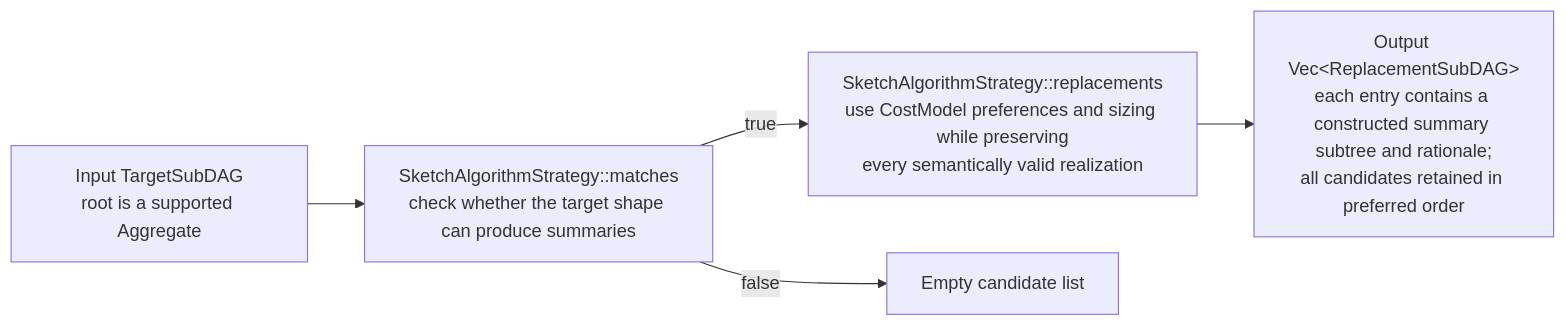
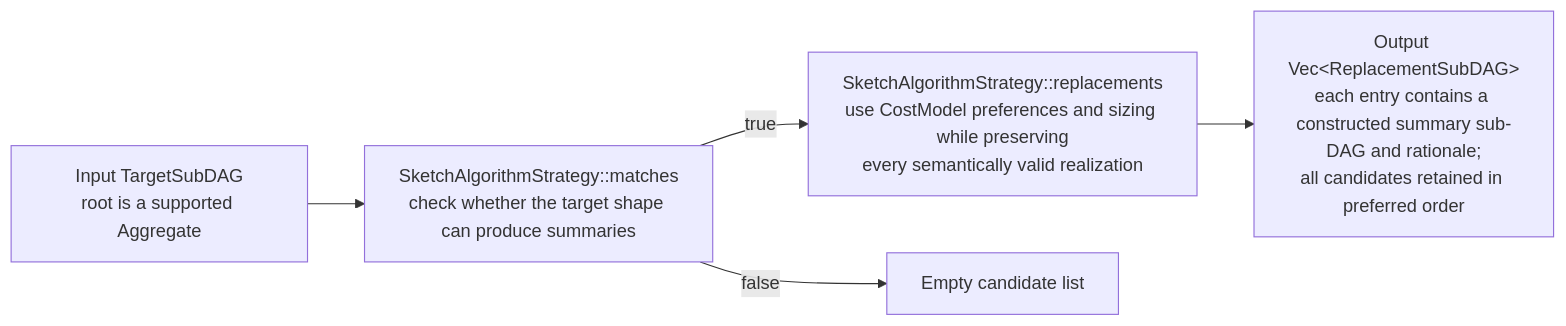
One commit to ProjectASAP/ASAPPlanner changed the first of 4 diagrams in docs/develop_docs/extend-asap-aware-mapping.md. Above: the diagram before and after it, drawn with Mermaid. The commit also changed other lines of this file and 148 other files, not shown here.

Commit message:
refactor: clarify workload DAG and summary evaluation contracts

````diff
--- a/docs/develop_docs/extend-asap-aware-mapping.md
+++ b/docs/develop_docs/extend-asap-aware-mapping.md
@@ -252,7 +252,7 @@
 ```mermaid
 flowchart LR
   A["Input TargetSubDAG<br/>root is a supported Aggregate"] --> B["SketchAlgorithmStrategy::matches<br/>check whether the target shape can produce summaries"]
   B -->|"true"| C["SketchAlgorithmStrategy::replacements<br/>use CostModel preferences and sizing while preserving<br/>every semantically valid realization"]
   B -->|"false"| NONE["Empty candidate list"]
-  C --> F["Output Vec&lt;ReplacementSubDAG&gt;<br/>each entry contains a constructed summary subtree and rationale;<br/>all candidates retained in preferred order"]
+  C --> F["Output Vec&lt;ReplacementSubDAG&gt;<br/>each entry contains a constructed summary sub-DAG and rationale;<br/>all candidates retained in preferred order"]
 ```
````
